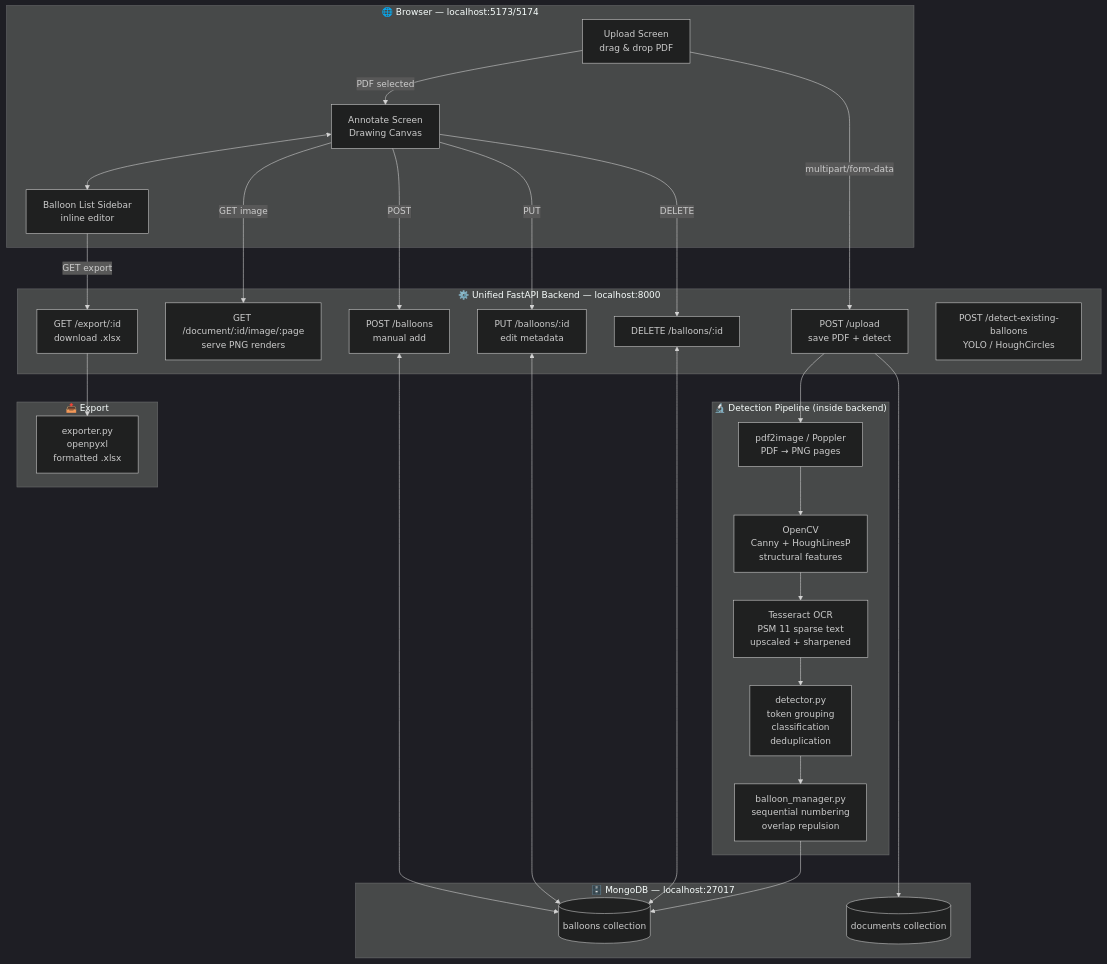
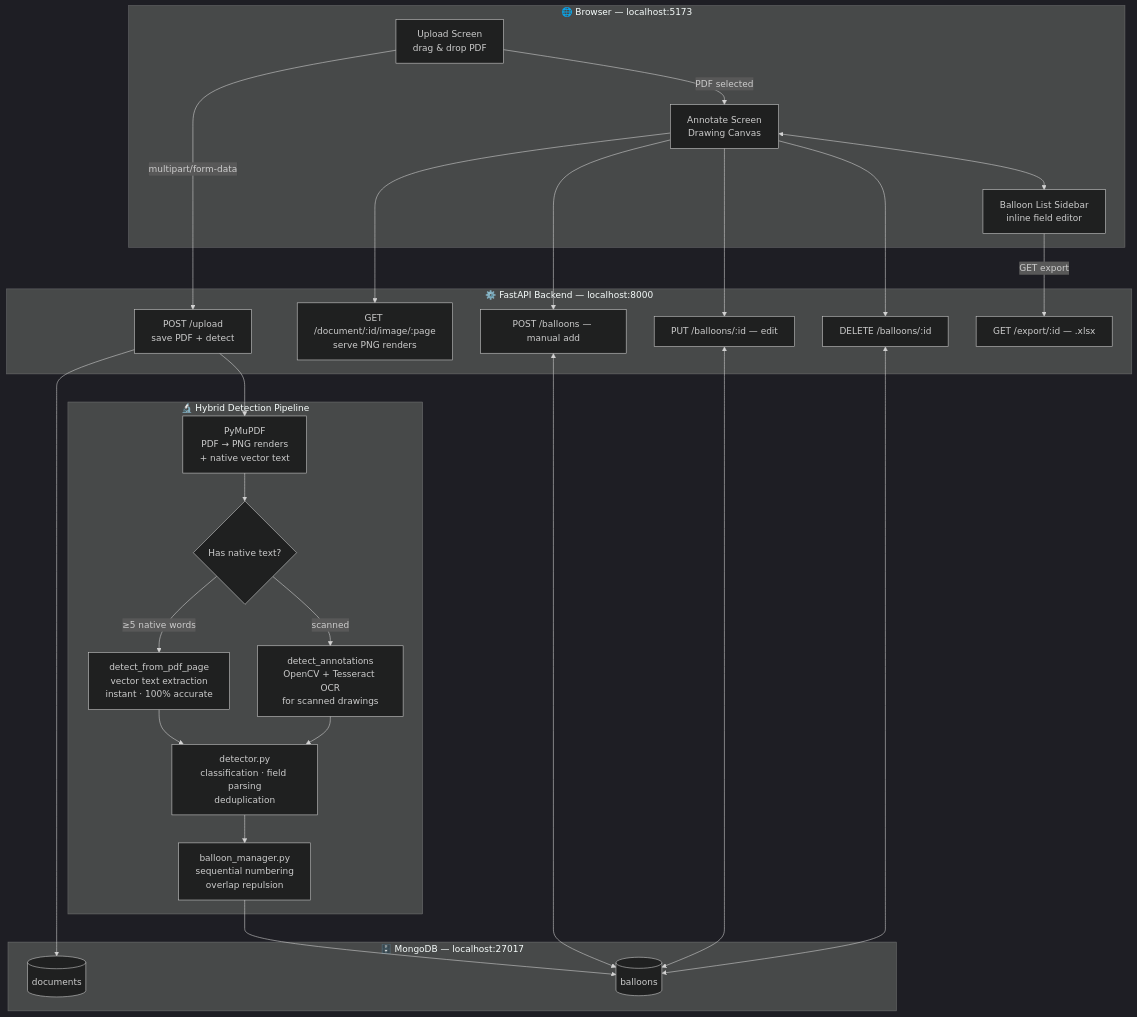
The first of 3 diagrams in README.md (vidhan13i/CADLens), drawn with Mermaid (dark theme) before and after one commit. The commit also changed other lines of this file, not shown here.

First line of the commit message:
docs: rewrite README for v2.0 hybrid detection engine

````diff
--- a/README.md
+++ b/README.md
@@ -9,52 +29,45 @@
 ```mermaid
 graph TD
-    subgraph Browser["🌐 Browser — localhost:5173/5174"]
+    subgraph Browser["🌐 Browser — localhost:5173"]
         A1[Upload Screen<br/>drag & drop PDF]
         A2[Annotate Screen<br/>Drawing Canvas]
-        A3[Balloon List Sidebar<br/>inline editor]
+        A3[Balloon List Sidebar<br/>inline field editor]
         A1 -->|PDF selected| A2
         A2 <--> A3
     end
 
-    subgraph Backend["⚙️ Unified FastAPI Backend — localhost:8000"]
+    subgraph Backend["⚙️ FastAPI Backend — localhost:8000"]
         B1["POST /upload<br/>save PDF + detect"]
         B2["GET /document/:id/image/:page<br/>serve PNG renders"]
-        B3["POST /balloons<br/>manual add"]
-        B4["PUT /balloons/:id<br/>edit metadata"]
+        B3["POST /balloons — manual add"]
+        B4["PUT /balloons/:id — edit"]
         B5["DELETE /balloons/:id"]
-        B6["GET /export/:id<br/>download .xlsx"]
-        B7["POST /detect-existing-balloons<br/>YOLO / HoughCircles"]
+        B6["GET /export/:id — .xlsx"]
     end
 
-    subgraph Processing["🔬 Detection Pipeline (inside backend)"]
-        C1[pdf2image / Poppler<br/>PDF → PNG pages]
-        C2[OpenCV<br/>Canny + HoughLinesP<br/>structural features]
-        C3[Tesseract OCR<br/>PSM 11 sparse text<br/>upscaled + sharpened]
-        C4[detector.py<br/>token grouping<br/>classification<br/>deduplication]
-        C5[balloon_manager.py<br/>sequential numbering<br/>overlap repulsion]
+    subgraph Processing["🔬 Hybrid Detection Pipeline"]
+        C1[PyMuPDF<br/>PDF → PNG renders<br/>+ native vector text]
+        C2{Has native text?}
+        C3[detect_from_pdf_page<br/>vector text extraction<br/>instant · 100% accurate]
+        C4[detect_annotations<br/>OpenCV + Tesseract OCR<br/>for scanned drawings]
+        C5[detector.py<br/>classification · field parsing<br/>deduplication]
+        C6[balloon_manager.py<br/>sequential numbering<br/>overlap repulsion]
+        C1 --> C2
+        C2 -->|≥5 native words| C3
+        C2 -->|scanned| C4
+        C3 & C4 --> C5 --> C6
     end
 
     subgraph DB["🗄️ MongoDB — localhost:27017"]
-        D1[(documents collection)]
-        D2[(balloons collection)]
-    end
-
-    subgraph Export["📤 Export"]
-        E1[exporter.py<br/>openpyxl<br/>formatted .xlsx]
+        D1[(documents)]
+        D2[(balloons)]
     end
 
     A1 -->|multipart/form-data| B1
-    A2 -->|GET image| B2
-    A2 -->|POST| B3
-    A2 -->|PUT| B4
-    A2 -->|DELETE| B5
+    A2 --> B2 & B3 & B4 & B5
     A3 -->|GET export| B6
-
-    B1 --> C1 --> C2
-    C2 --> C3 --> C4 --> C5
-    C5 --> D2
+    B1 --> C1
+    C6 --> D2
     B1 --> D1
-
     B3 & B4 & B5 <--> D2
-    B6 --> E1
 ```
````
